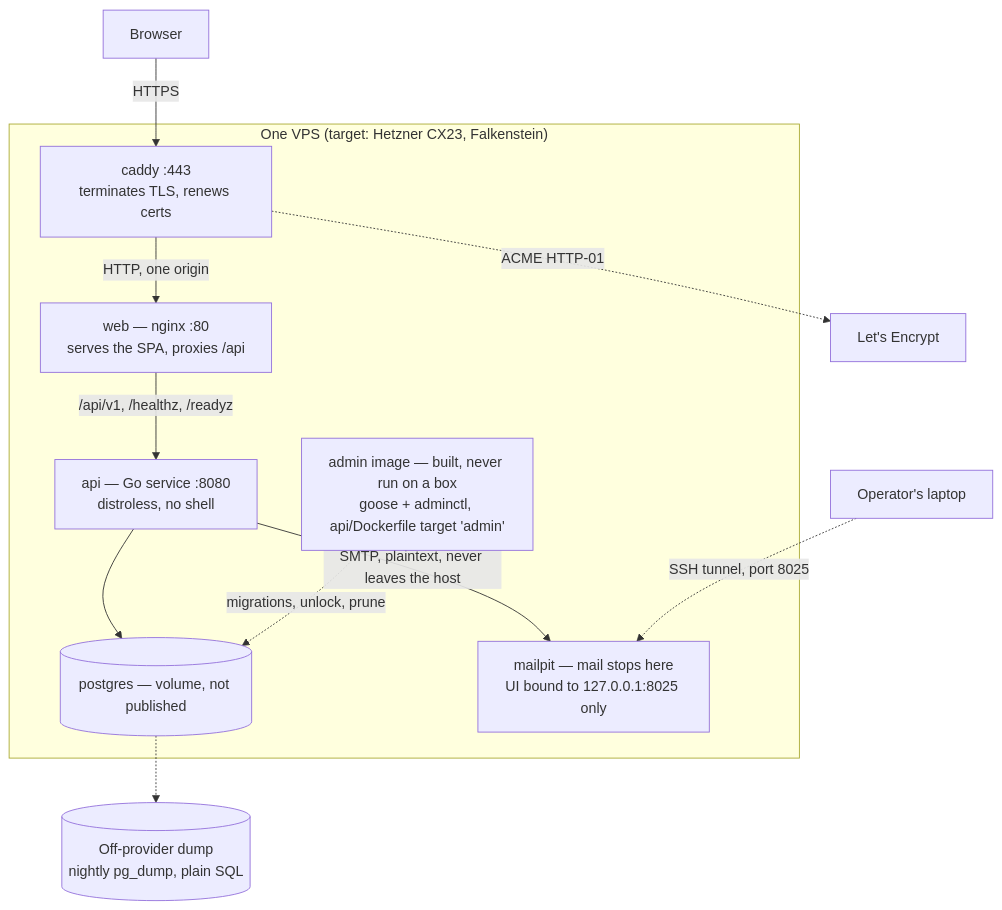
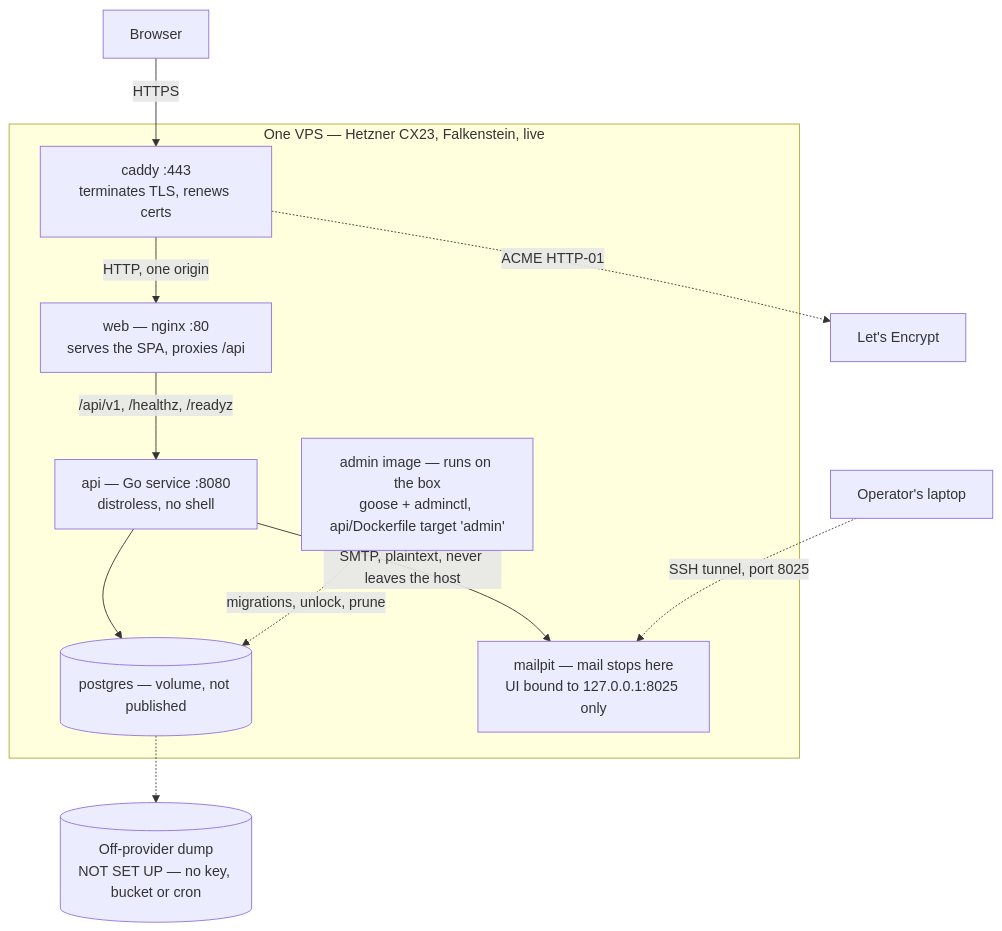
Before and after one commit to oandrz/Household: the second of 15 diagrams in docs/SYSTEM_DESIGN.md, drawn with Mermaid. The commit also changed other lines of this file and 3 other files, not shown here.

````diff
--- a/docs/SYSTEM_DESIGN.md
+++ b/docs/SYSTEM_DESIGN.md
@@ -112,27 +133,27 @@
 ```mermaid
 graph TD
     Browser["Browser"]
     LE["Let's Encrypt"]
 
-    subgraph host["One VPS (target: Hetzner CX23, Falkenstein)"]
+    subgraph host["One VPS — Hetzner CX23, Falkenstein, live"]
         Caddy["caddy :443<br/>terminates TLS, renews certs"]
         Nginx["web — nginx :80<br/>serves the SPA, proxies /api"]
         API["api — Go service :8080<br/>distroless, no shell"]
         PG[("postgres — volume, not published")]
         Mailpit["mailpit — mail stops here<br/>UI bound to 127.0.0.1:8025 only"]
-        Admin["admin image — built, never run on a box<br/>goose + adminctl, api/Dockerfile target 'admin'"]
+        Admin["admin image — runs on the box<br/>goose + adminctl, api/Dockerfile target 'admin'"]
     end
 
     Operator["Operator's laptop"]
-    Backup[("Off-provider dump<br/>nightly pg_dump, plain SQL")]
+    Backup[("Off-provider dump<br/>NOT SET UP — no key, bucket or cron")]
 
     Browser -->|HTTPS| Caddy
     Caddy -->|"HTTP, one origin"| Nginx
     Nginx -->|"/api/v1, /healthz, /readyz"| API
     API --> PG
     API -->|"SMTP, plaintext, never leaves the host"| Mailpit
     Operator -.->|"SSH tunnel, port 8025"| Mailpit
     Caddy -.->|"ACME HTTP-01"| LE
     Admin -.->|"migrations, unlock, prune"| PG
     PG -.-> Backup
 ```
````
